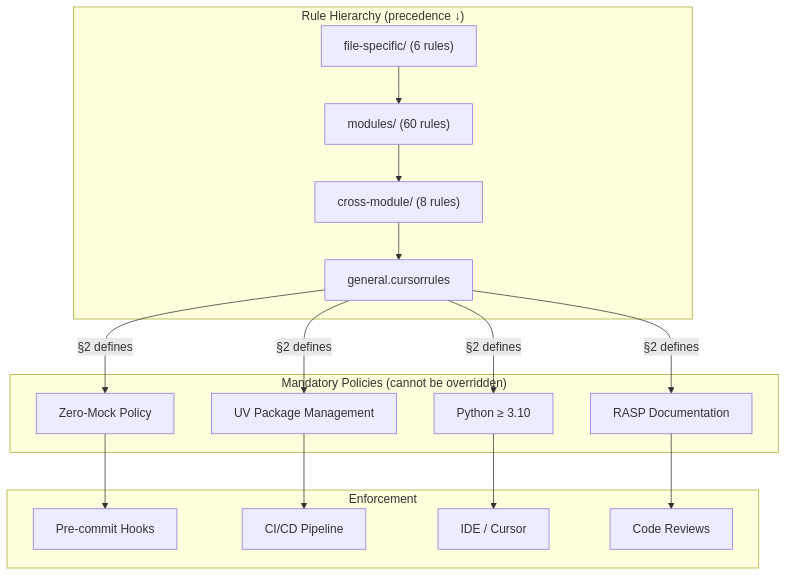
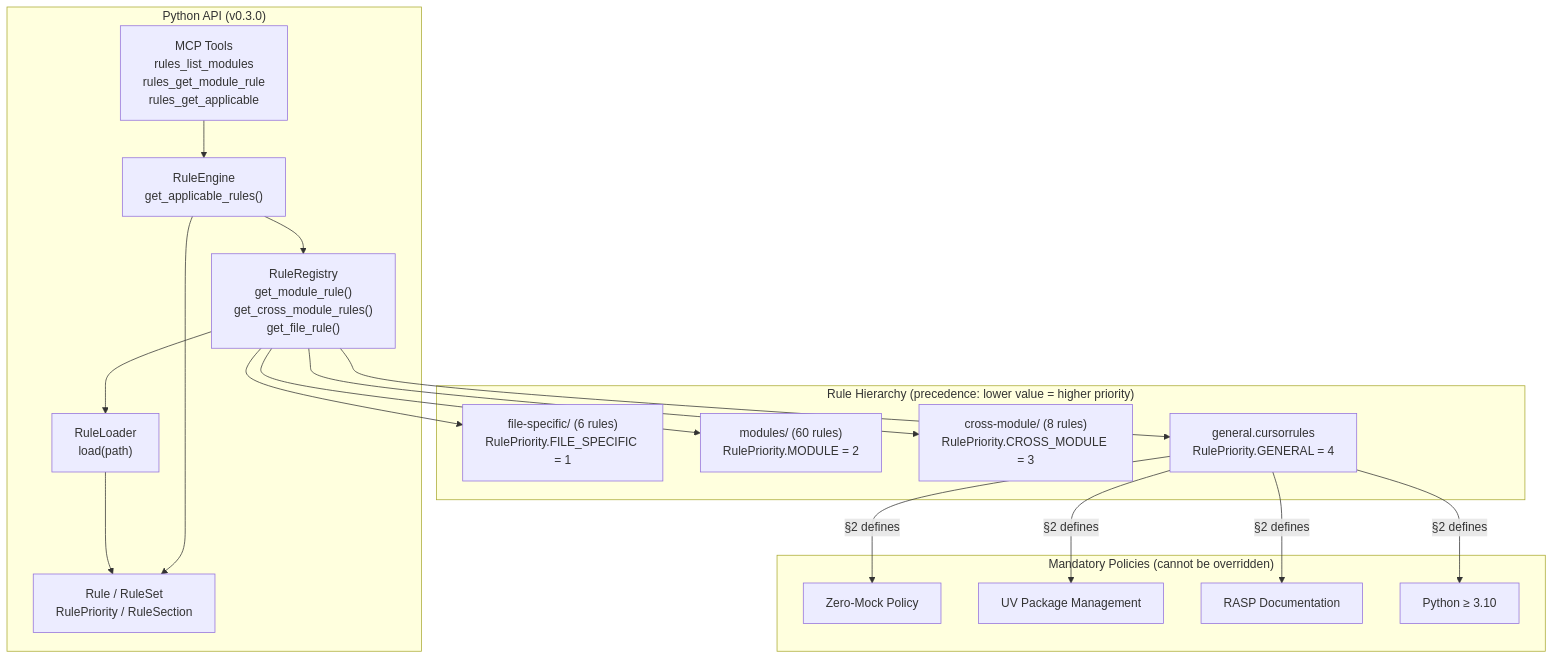
The diagram in src/codomyrmex/agentic_memory/rules/SPEC.md (docxology/codomyrmex), drawn with Mermaid before and after one commit. The commit also changed other lines of this file and 733 other files, not shown here.

First line of the commit message:
docs: Wave 2 — Complete RASP documentation enrichment across all 88 modules

````diff
--- a/src/codomyrmex/agentic_memory/rules/SPEC.md
+++ b/src/codomyrmex/agentic_memory/rules/SPEC.md
@@ -55,35 +57,40 @@
 ```mermaid
 graph TD
-    subgraph "Rule Hierarchy (precedence ↓)"
-        FileSpecific["file-specific/ (6 rules)"]
-        Modules["modules/ (60 rules)"]
-        CrossModule["cross-module/ (8 rules)"]
-        General["general.cursorrules"]
+    subgraph "Python API (v0.3.0)"
+        MCP["MCP Tools<br/>rules_list_modules<br/>rules_get_module_rule<br/>rules_get_applicable"]
+        Engine["RuleEngine<br/>get_applicable_rules()"]
+        Registry["RuleRegistry<br/>get_module_rule()<br/>get_cross_module_rules()<br/>get_file_rule()"]
+        Loader["RuleLoader<br/>load(path)"]
+        Models["Rule / RuleSet<br/>RulePriority / RuleSection"]
+    end
+
+    subgraph "Rule Hierarchy (precedence: lower value = higher priority)"
+        FileSpecific["file-specific/ (6 rules)<br/>RulePriority.FILE_SPECIFIC = 1"]
+        Modules["modules/ (60 rules)<br/>RulePriority.MODULE = 2"]
+        CrossModule["cross-module/ (8 rules)<br/>RulePriority.CROSS_MODULE = 3"]
+        General["general.cursorrules<br/>RulePriority.GENERAL = 4"]
     end
 
     subgraph "Mandatory Policies (cannot be overridden)"
         ZeroMock[Zero-Mock Policy]
         UVOnly[UV Package Management]
         RASP[RASP Documentation]
         Python310["Python ≥ 3.10"]
     end
 
-    subgraph "Enforcement"
-        PreCommit[Pre-commit Hooks]
-        CICD[CI/CD Pipeline]
-        IDE[IDE / Cursor]
-        Reviews[Code Reviews]
-    end
+    MCP --> Engine
+    Engine --> Registry
+    Registry --> Loader
+    Loader --> Models
+    Engine --> Models
 
-    FileSpecific --> Modules --> CrossModule --> General
+    Registry --> FileSpecific
+    Registry --> Modules
+    Registry --> CrossModule
+    Registry --> General
 
     General -- "§2 defines" --> ZeroMock
     General -- "§2 defines" --> UVOnly
     General -- "§2 defines" --> RASP
     General -- "§2 defines" --> Python310
-
-    ZeroMock --> PreCommit
-    UVOnly --> CICD
-    RASP --> Reviews
-    Python310 --> IDE
 ```
````
